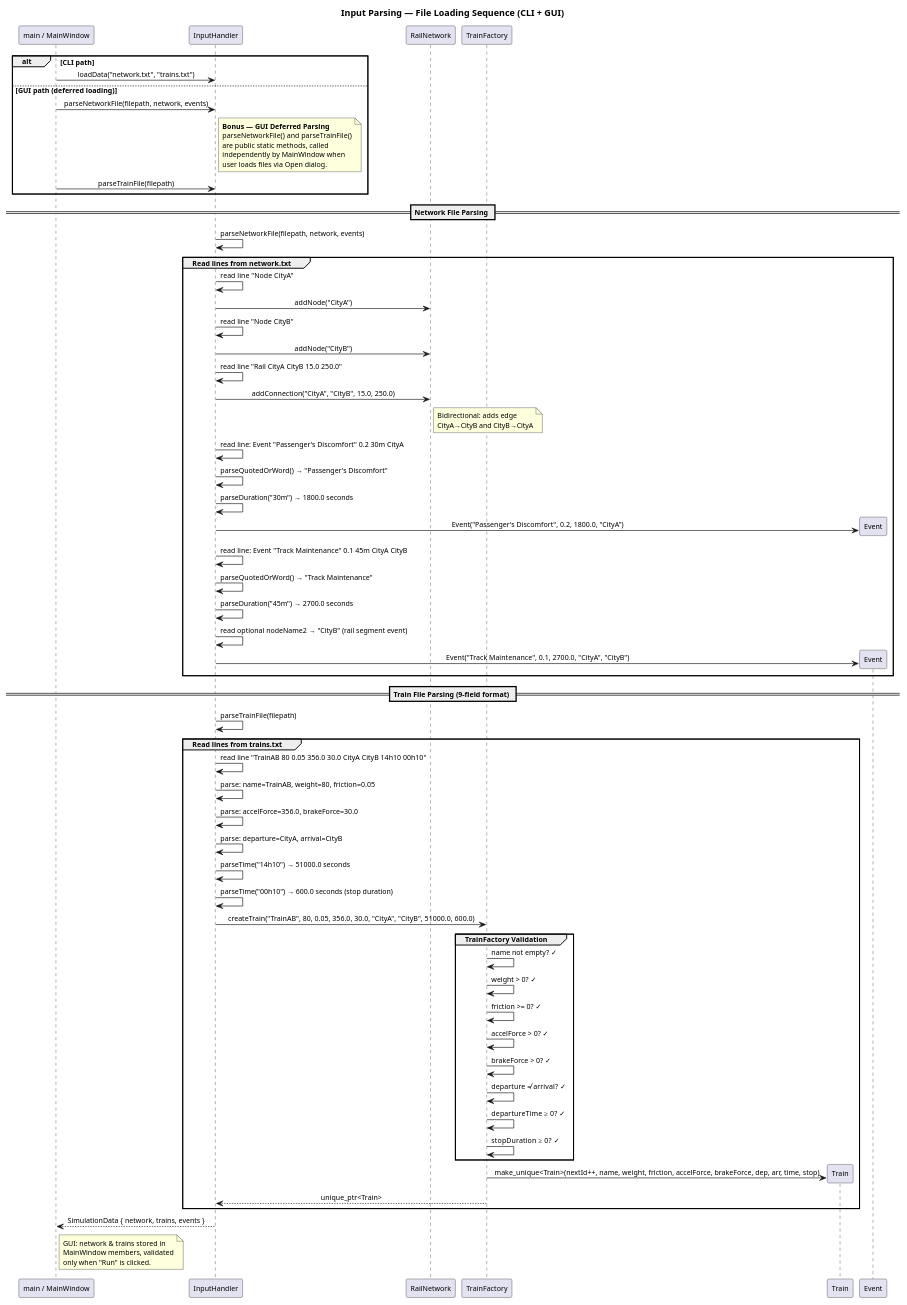
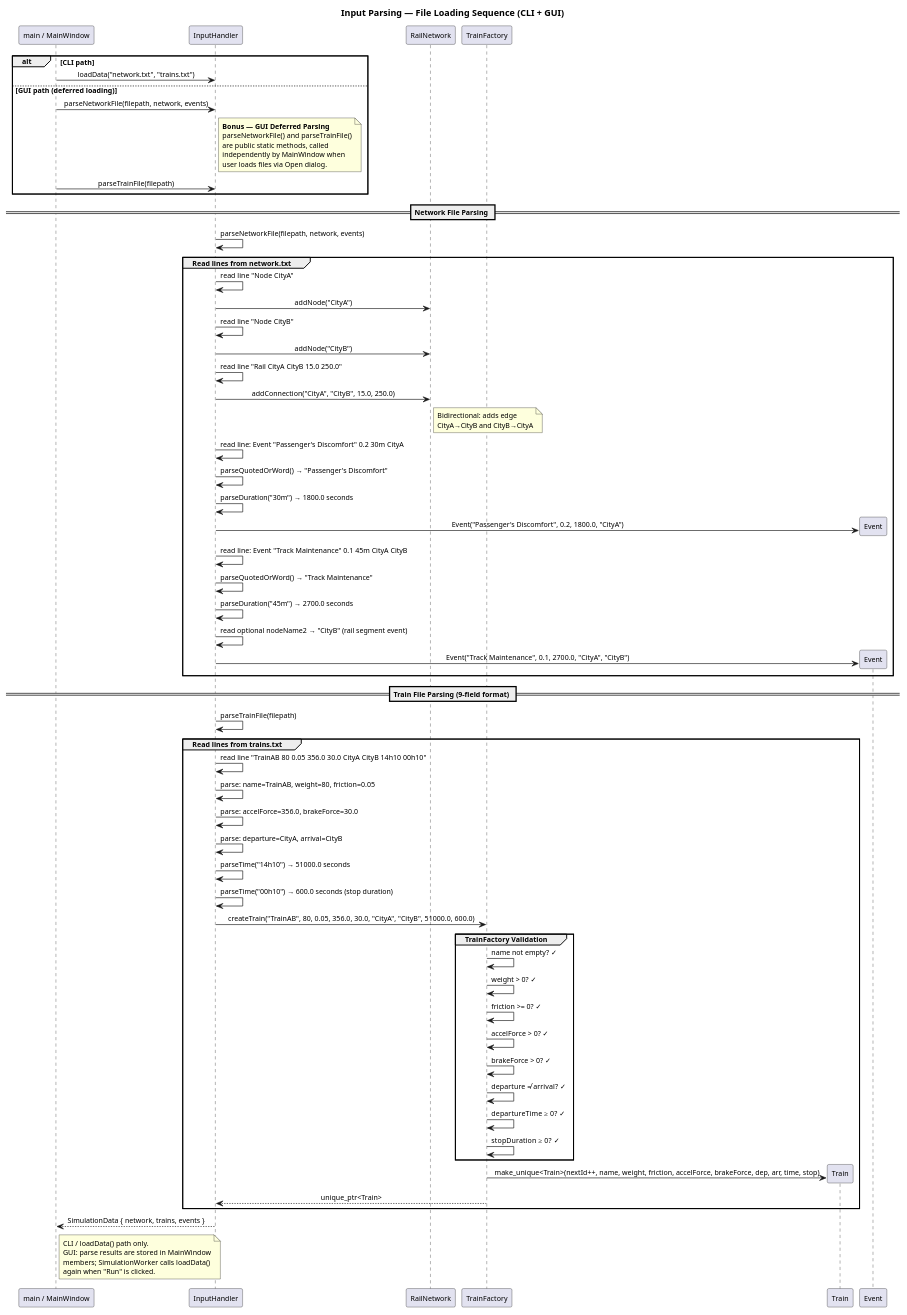
The diagram in docs/diagrams/sequence_input_parsing.puml (abaiao-r/Module_05_Train_yourself), drawn with PlantUML before and after one commit. The commit also changed 20 other files, not shown here.

First line of the commit message:
Fix UML inaccuracies found by review (#88)

```diff
--- a/docs/diagrams/sequence_input_parsing.puml
+++ b/docs/diagrams/sequence_input_parsing.puml
@@ -1,93 +1,94 @@
 @startuml sequence_input_parsing
 
 skinparam defaultFontSize 11
 skinparam shadowing false
 skinparam sequenceMessageAlign center
 
 title Input Parsing — File Loading Sequence (CLI + GUI)
 
 participant "main / MainWindow" as Main
 participant "InputHandler" as IH
 participant "RailNetwork" as Net
 participant "TrainFactory" as TF
 participant "Train" as T
 participant "Event" as Ev
 
 alt CLI path
     Main -> IH : loadData("network.txt", "trains.txt")
 else GUI path (deferred loading)
     Main -> IH : parseNetworkFile(filepath, network, events)
     note right of IH
         **Bonus — GUI Deferred Parsing**
         parseNetworkFile() and parseTrainFile()
         are public static methods, called
         independently by MainWindow when
         user loads files via Open dialog.
     end note
     Main -> IH : parseTrainFile(filepath)
 end
 
 == Network File Parsing ==
 IH -> IH : parseNetworkFile(filepath, network, events)
 
 group Read lines from network.txt
     IH -> IH : read line "Node CityA"
     IH -> Net : addNode("CityA")
 
     IH -> IH : read line "Node CityB"
     IH -> Net : addNode("CityB")
 
     IH -> IH : read line "Rail CityA CityB 15.0 250.0"
     IH -> Net : addConnection("CityA", "CityB", 15.0, 250.0)
     note right of Net
         Bidirectional: adds edge
         CityA→CityB and CityB→CityA
     end note
 
     IH -> IH : read line: Event "Passenger's Discomfort" 0.2 30m CityA
     IH -> IH : parseQuotedOrWord() → "Passenger's Discomfort"
     IH -> IH : parseDuration("30m") → 1800.0 seconds
     IH -> Ev ** : Event("Passenger's Discomfort", 0.2, 1800.0, "CityA")
 
     IH -> IH : read line: Event "Track Maintenance" 0.1 45m CityA CityB
     IH -> IH : parseQuotedOrWord() → "Track Maintenance"
     IH -> IH : parseDuration("45m") → 2700.0 seconds
     IH -> IH : read optional nodeName2 → "CityB" (rail segment event)
     IH -> Ev ** : Event("Track Maintenance", 0.1, 2700.0, "CityA", "CityB")
 end
 
 == Train File Parsing (9-field format) ==
 IH -> IH : parseTrainFile(filepath)
 
 group Read lines from trains.txt
     IH -> IH : read line "TrainAB 80 0.05 356.0 30.0 CityA CityB 14h10 00h10"
     IH -> IH : parse: name=TrainAB, weight=80, friction=0.05
     IH -> IH : parse: accelForce=356.0, brakeForce=30.0
     IH -> IH : parse: departure=CityA, arrival=CityB
     IH -> IH : parseTime("14h10") → 51000.0 seconds
     IH -> IH : parseTime("00h10") → 600.0 seconds (stop duration)
     IH -> TF : createTrain("TrainAB", 80, 0.05, 356.0, 30.0, "CityA", "CityB", 51000.0, 600.0)
 
     group TrainFactory Validation
         TF -> TF : name not empty? ✓
         TF -> TF : weight > 0? ✓
         TF -> TF : friction >= 0? ✓
         TF -> TF : accelForce > 0? ✓
         TF -> TF : brakeForce > 0? ✓
         TF -> TF : departure ≠ arrival? ✓
         TF -> TF : departureTime ≥ 0? ✓
         TF -> TF : stopDuration ≥ 0? ✓
     end
 
     TF -> T ** : make_unique<Train>(nextId++, name, weight, friction, accelForce, brakeForce, dep, arr, time, stop)
     TF --> IH : unique_ptr<Train>
 end
 
 IH --> Main : SimulationData { network, trains, events }
 note right of Main
-    GUI: network & trains stored in
-    MainWindow members, validated
-    only when "Run" is clicked.
+    CLI / loadData() path only.
+    GUI: parse results are stored in MainWindow
+    members; SimulationWorker calls loadData()
+    again when "Run" is clicked.
 end note
 
 @enduml
```
